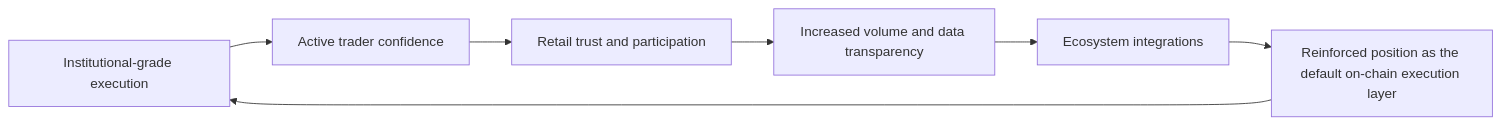
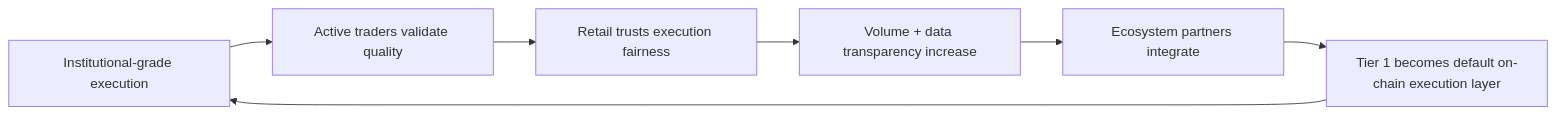
The second of 2 diagrams in docs/gtm-content/04-value-proposition.md (shizong888/tier1-gtm), drawn with Mermaid before and after one commit. The commit also changed other lines of this file and 10 other files, not shown here.

````diff
--- a/docs/gtm-content/04-value-proposition.md
+++ b/docs/gtm-content/04-value-proposition.md
@@ -73,9 +112,9 @@
 ```mermaid
 graph LR
-    A[Institutional-grade execution] --> B[Active trader confidence]
-    B --> C[Retail trust and participation]
-    C --> D[Increased volume and data transparency]
-    D --> E[Ecosystem integrations]
-    E --> F[Reinforced position as the default on-chain execution layer]
+    A[Institutional-grade execution] --> B[Active traders validate quality]
+    B --> C[Retail trusts execution fairness]
+    C --> D[Volume + data transparency increase]
+    D --> E[Ecosystem partners integrate]
+    E --> F[Tier 1 becomes default on-chain execution layer]
     F --> A
 ```
````
